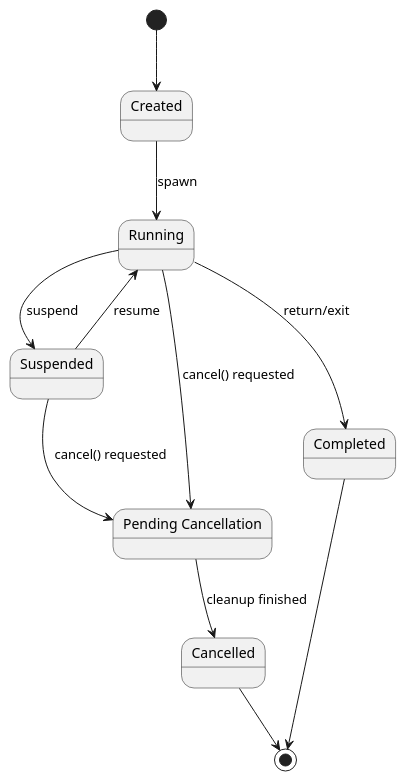
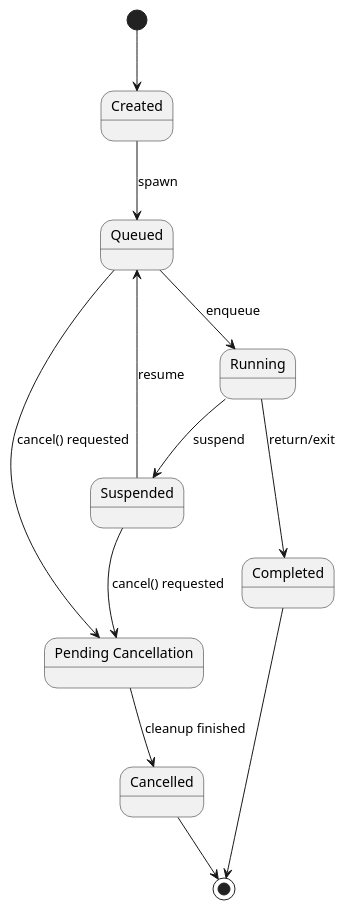
The first of 3 diagrams in basic.md (true-async/php-true-async-rfc), drawn with PlantUML before and after one commit. The commit also changed other lines of this file and 1 other file, not shown here.

Commit message:
Add isQueued method and update coroutine state diagram in documentation

````diff
--- a/basic.md
+++ b/basic.md
@@ -427,24 +427,26 @@
 ```plantuml
 @startuml
 state "Created" as Created
+state "Queued" as Queued
 state "Running" as Running
 state "Suspended" as Suspended
 state "Completed" as Completed
 state "Pending Cancellation" as Pending
 state "Cancelled" as Cancelled
 
 [*] --> Created
-Created --> Running : spawn
+Created --> Queued : spawn
+Queued --> Running : enqueue
 Running --> Suspended : suspend
-Suspended --> Running : resume
+Suspended --> Queued : resume
 Running --> Completed : return/exit
 
-Running --> Pending : cancel() requested
 Pending --> Cancelled : cleanup finished
 Suspended --> Pending : cancel() requested
+Queued -> Pending : cancel() requested
 
 Completed --> [*]
 Cancelled --> [*]
 
 @enduml
 ```
````
